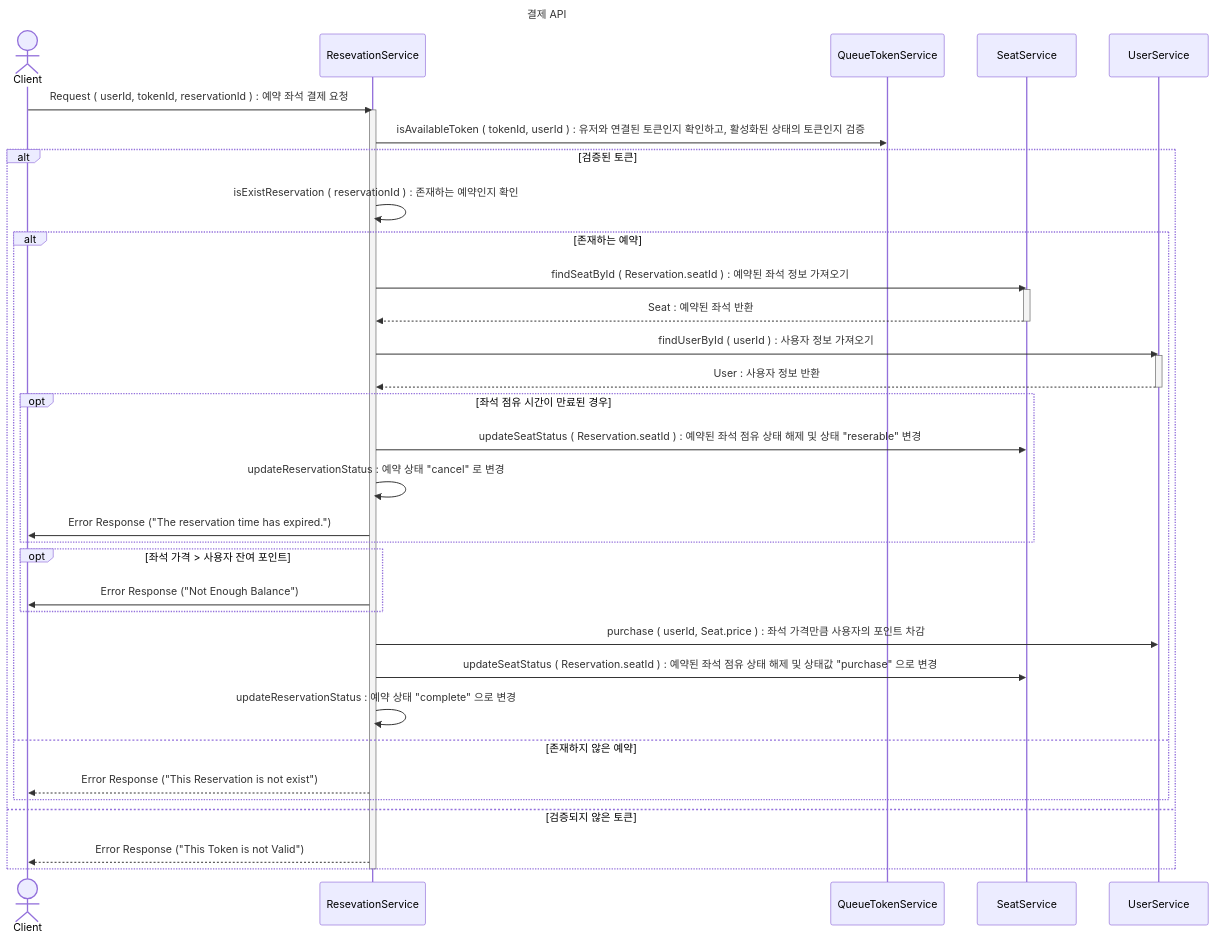
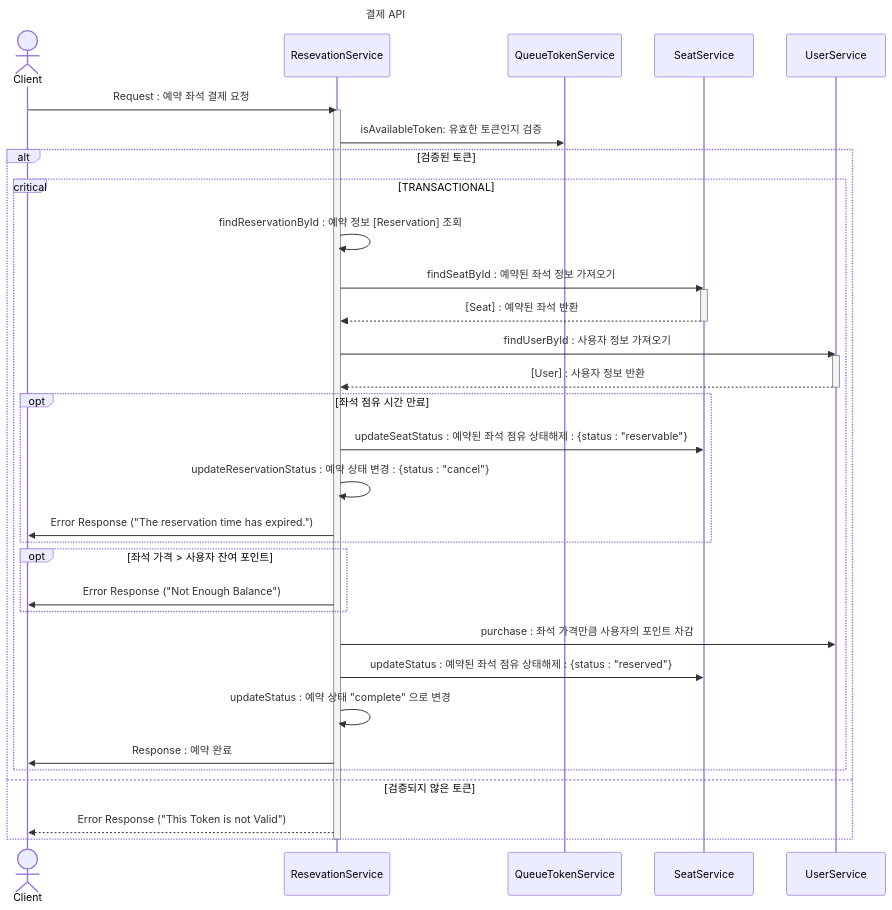
Before and after one commit to GustavEiffels/hhplus_server_build: the diagram in design/sequence_diagram/결제_API.md, drawn with Mermaid. The commit also changed 8 other files, not shown here.

Commit message:
[fix] 문서 수정 : sequece diagram

````diff
--- a/design/sequence_diagram/결제_API.md
+++ b/design/sequence_diagram/결제_API.md
@@ -1,60 +1,59 @@
 ```mermaid
 ---
 title: 결제 API  
 ---
 sequenceDiagram
     Actor cl as Client
     participant re as ResevationService
     participant qu as QueueTokenService
     participant se as SeatService 
     participant us as UserService 
 
     
-    cl->>re : Request ( userId, tokenId, reservationId ) : 예약 좌석 결제 요청 
+    cl->>re : Request : 예약 좌석 결제 요청 
     activate re
     
-    re->>qu : isAvailableToken ( tokenId, userId ) : 유저와 연결된 토큰인지 확인하고, 활성화된 상태의 토큰인지 검증
+    re->>qu : isAvailableToken: 유효한 토큰인지 검증  
 
     alt 검증된 토큰 
-        re->>re : isExistReservation ( reservationId ) : 존재하는 예약인지 확인 
-        
-        alt 존재하는 예약
+        critical TRANSACTIONAL
+            re->> re  : findReservationById : 예약 정보 [Reservation] 조회
 
-            re->> se  : findSeatById ( Reservation.seatId ) : 예약된 좌석 정보 가져오기
+            re->> se  : findSeatById  : 예약된 좌석 정보 가져오기
             activate se
-            se-->> re : Seat : 예약된 좌석 반환 
+
+            se-->> re : [Seat] : 예약된 좌석 반환 
             deactivate se
 
-            re->> us  : findUserById ( userId ) : 사용자 정보 가져오기 
+            re->> us  : findUserById  : 사용자 정보 가져오기 
             activate us
-            us-->> re  : User : 사용자 정보 반환 
+
+            us-->> re  : [User] : 사용자 정보 반환 
             deactivate us
 
-            opt 좌석 점유 시간이 만료된 경우 
-                re->> se : updateSeatStatus ( Reservation.seatId ) : 예약된 좌석 점유 상태 해제 및  상태 "reserable" 변경 
-                re->> re : updateReservationStatus : 예약 상태 "cancel" 로 변경 
+            opt 좌석 점유 시간 만료
+                re->> se : updateSeatStatus : 예약된 좌석 점유 상태해제 : {status : "reservable"} 
+                re->> re : updateReservationStatus : 예약 상태 변경 : {status : "cancel"}
                 re->>cl  : Error Response ("The reservation time has expired.")
             end 
 
-            opt 좌석 가격 > 사용자 잔여 포인트 
-                re->>cl : Error Response ("Not Enough Balance")
-            end
+                opt 좌석 가격 > 사용자 잔여 포인트 
+                    re->>cl : Error Response ("Not Enough Balance")
+                end
 
-            re->> us : purchase ( userId, Seat.price ) : 좌석 가격만큼 사용자의 포인트 차감 
-            re->> se : updateSeatStatus ( Reservation.seatId ) : 예약된 좌석 점유 상태 해제 및 상태값 "purchase" 으로 변경
-            re->> re : updateReservationStatus :  예약 상태 "complete" 으로 변경  
+                re->> us : purchase  : 좌석 가격만큼 사용자의 포인트 차감 
+                re->> se : updateStatus : 예약된 좌석 점유 상태해제 : {status : "reserved"}
+                re->> re : updateStatus : 예약 상태 "complete" 으로 변경  
 
-
-        else 존재하지 않은 예약 
-            re-->>cl : Error Response ("This Reservation is not exist")
-        end 
+                re->> cl : Response : 예약 완료
+        end
     
     else 검증되지 않은 토큰
         re-->>cl : Error Response ("This Token is not Valid")
     end
 
     deactivate re
 
 
                    
 ```
````
